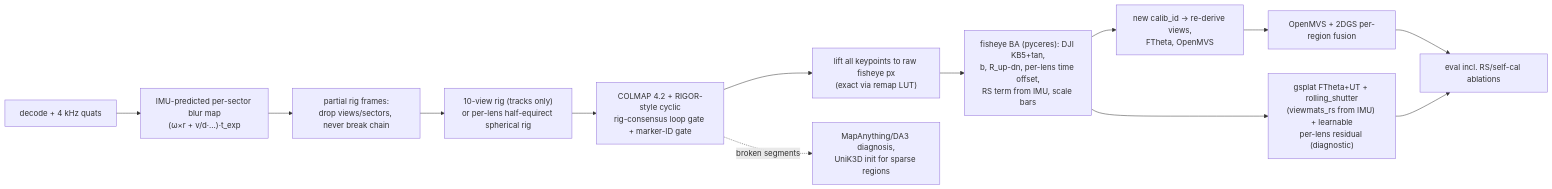
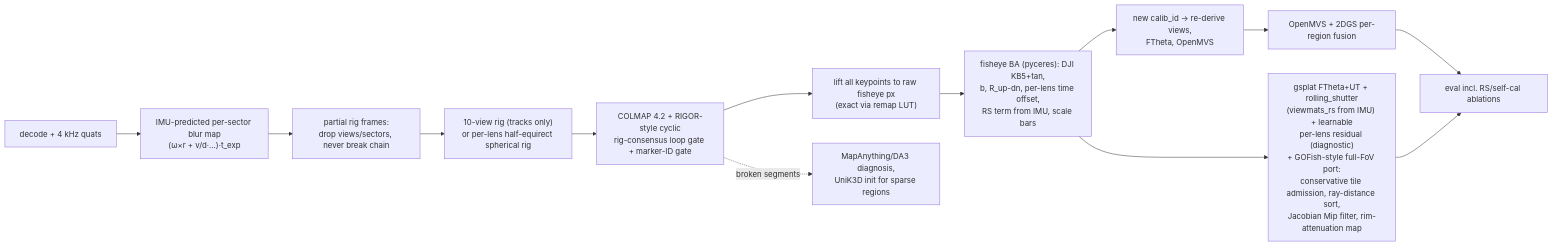
One commit to thelet/GeoFlight changed the third of 4 diagrams in research/A4_system_design.md. Above: the diagram before and after it, drawn with Mermaid. The commit also changed other lines of this file, not shown here.

First line of the commit message:
A4 patch: Gunes/GOFish, anchors, selection contract

````diff
--- a/research/A4_system_design.md
+++ b/research/A4_system_design.md
@@ -314,15 +366,15 @@
 ```mermaid
 flowchart LR
   DEC["decode + 4 kHz quats"] --> BLUR["IMU-predicted per-sector blur map<br/>(ω×r + v/d·…)·t_exp"]
   BLUR --> PF["partial rig frames:<br/>drop views/sectors, never break chain"]
   PF --> VV["10-view rig (tracks only)<br/>or per-lens half-equirect spherical rig"]
   VV --> SFM["COLMAP 4.2 + RIGOR-style cyclic<br/>rig-consensus loop gate + marker-ID gate"]
   SFM --> LIFT["lift all keypoints to raw fisheye px<br/>(exact via remap LUT)"]
   LIFT --> FBA["fisheye BA (pyceres): DJI KB5+tan,<br/>b, R_up-dn, per-lens time offset,<br/>RS term from IMU, scale bars"]
   FBA --> NEWCAL["new calib_id → re-derive views,<br/>FTheta, OpenMVS"]
   NEWCAL --> DNS["OpenMVS + 2DGS per-region fusion"]
-  FBA --> GS["gsplat FTheta+UT + rolling_shutter<br/>(viewmats_rs from IMU) + learnable<br/>per-lens residual (diagnostic)"]
+  FBA --> GS["gsplat FTheta+UT + rolling_shutter<br/>(viewmats_rs from IMU) + learnable<br/>per-lens residual (diagnostic)<br/>+ GOFish-style full-FoV port:<br/>conservative tile admission, ray-distance sort,<br/>Jacobian Mip filter, rim-attenuation map"]
   SFM -.broken segments.-> FF["MapAnything/DA3 diagnosis,<br/>UniK3D init for sparse regions"]
   DNS --> EV["eval incl. RS/self-cal ablations"]
   GS --> EV
 ```
````
